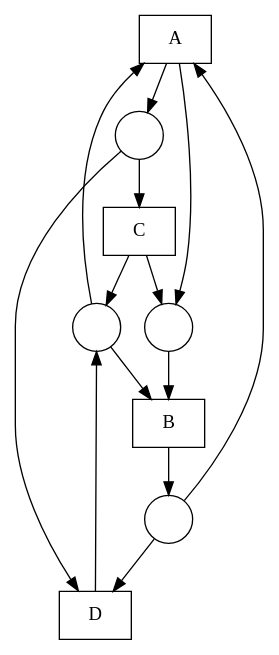
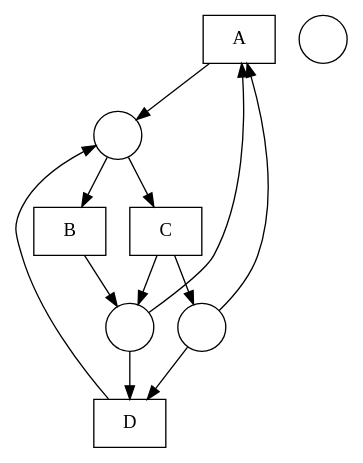
Before and after one commit to DWitek97/GeneticMiner: the diagram in nets/Fittest net.gv, drawn with Graphviz. The commit also changed 5 other files, not shown here.

```diff
--- a/nets/Fittest net.gv
+++ b/nets/Fittest net.gv
@@ -1,25 +1,23 @@
 digraph "Fittest net" {
 	node [shape=box]
 	A [label=A]
 	B [label=B]
 	C [label=C]
 	D [label=D]
 	node [shape=circle]
 	1 [label=" "]
 	2 [label=" "]
 	3 [label=" "]
 	4 [label=" "]
 	1 -> A
-	2 -> A
+	4 -> A
 	A -> 3
-	A -> 4
-	1 -> B
-	4 -> B
-	B -> 2
+	3 -> B
+	B -> 4
 	3 -> C
 	C -> 1
 	C -> 4
-	2 -> D
-	3 -> D
-	D -> 1
+	1 -> D
+	4 -> D
+	D -> 3
 }
```
